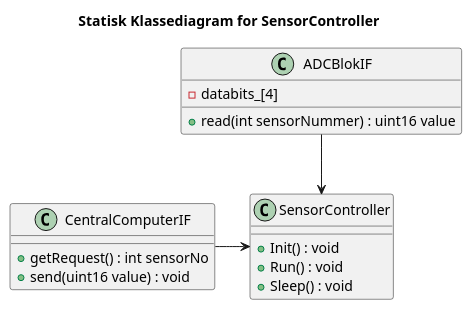
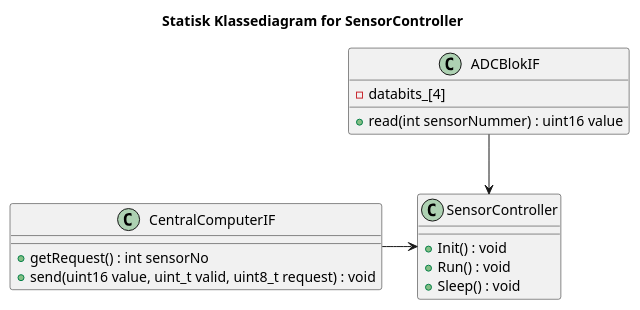
Before and after one commit to Solvgraa-mager/E4PRJ4: the diagram in Design/SE/SensorController/Software/SensorControllerKlassediagram.puml, drawn with PlantUML. The commit also changed 40 other files, not shown here.

```diff
--- a/Design/SE/SensorController/Software/SensorControllerKlassediagram.puml
+++ b/Design/SE/SensorController/Software/SensorControllerKlassediagram.puml
@@ -1,22 +1,22 @@
 @startuml StatiskKlassediagramforSensorController
 title Statisk Klassediagram for SensorController
 
 class SensorController{
     +Init() : void
     +Run() : void
     +Sleep() : void
 }
 class ADCBlokIF{
     +read(int sensorNummer) : uint16 value
     -databits_[4]
 }
 class CentralComputerIF{
     +getRequest() : int sensorNo
-    +send(uint16 value) : void
+    +send(uint16 value, uint_t valid, uint8_t request) : void
 }
 
 
 ADCBlokIF --> SensorController
 CentralComputerIF -> SensorController
 
 @enduml
```
